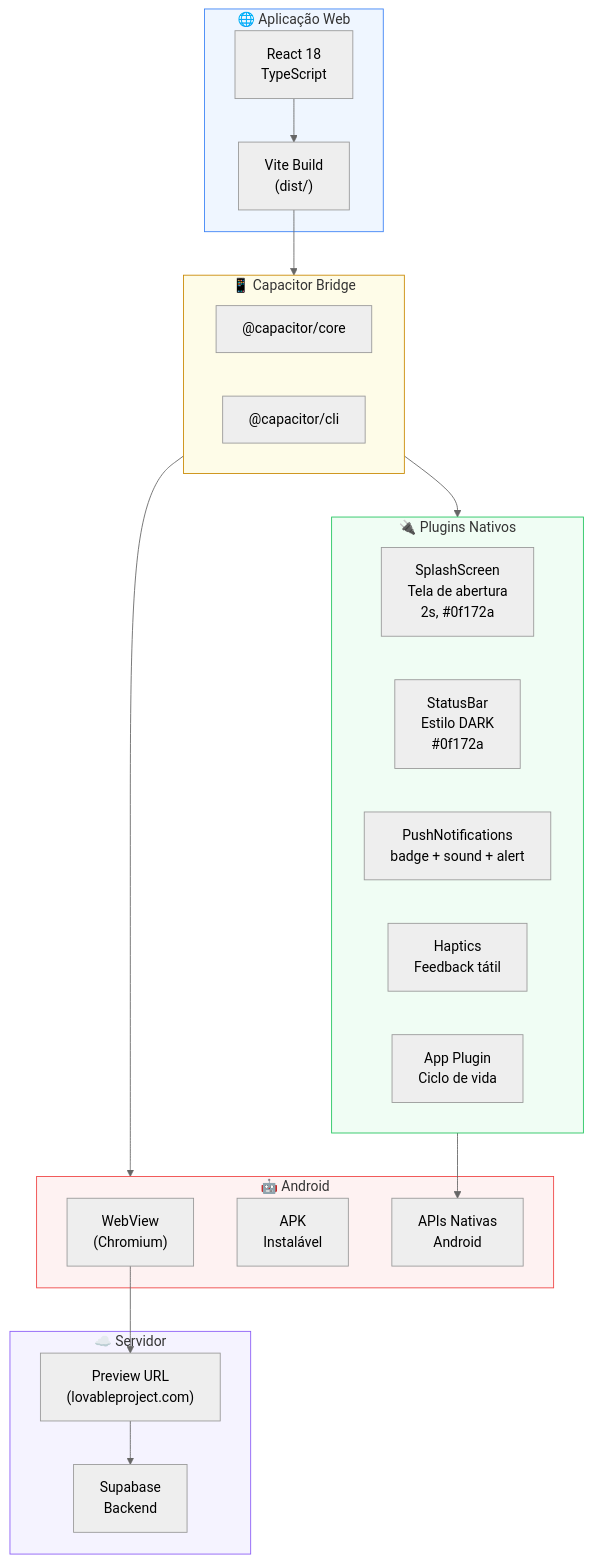
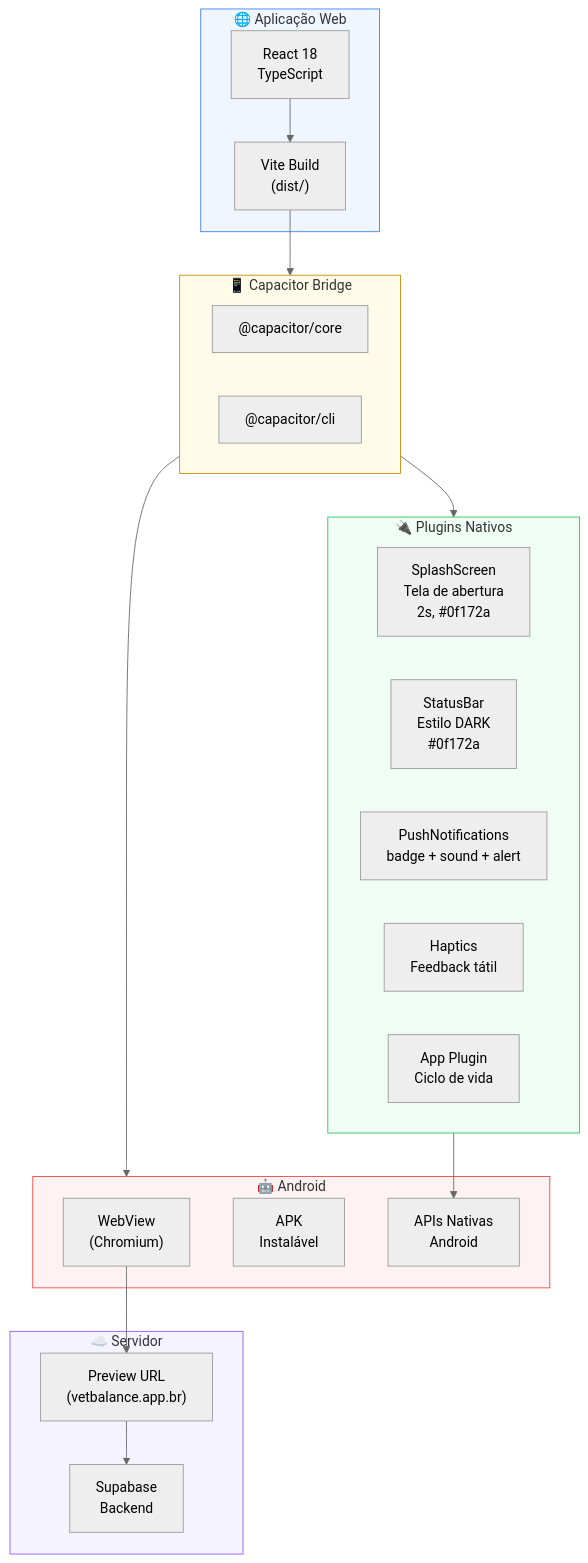
One commit to KyoFaBraL/vet-sim-buddy changed the tenth of 10 diagrams in DIAGRAMAS_MERMAID.md. Above: the diagram before and after it, drawn with Mermaid (neutral theme). The commit also changed 2 other files, not shown here.

````diff
--- a/DIAGRAMAS_MERMAID.md
+++ b/DIAGRAMAS_MERMAID.md
@@ -625,45 +625,45 @@
 ```mermaid
 flowchart TD
     subgraph WEB["🌐 Aplicação Web"]
         REACT["React 18<br/>TypeScript"]
         VITE["Vite Build<br/>(dist/)"]
     end
 
     subgraph CAP["📱 Capacitor Bridge"]
         CORE["@capacitor/core"]
         CLI["@capacitor/cli"]
     end
 
     subgraph PLUGINS["🔌 Plugins Nativos"]
         SS["SplashScreen<br/>Tela de abertura<br/>2s, #0f172a"]
         SB["StatusBar<br/>Estilo DARK<br/>#0f172a"]
         PN["PushNotifications<br/>badge + sound + alert"]
         HAP["Haptics<br/>Feedback tátil"]
         APP["App Plugin<br/>Ciclo de vida"]
     end
 
     subgraph ANDROID["🤖 Android"]
         WEBVIEW["WebView<br/>(Chromium)"]
         APK["APK<br/>Instalável"]
         NATIVE["APIs Nativas<br/>Android"]
     end
 
     subgraph SERVER["☁️ Servidor"]
-        PREVIEW["Preview URL<br/>(lovableproject.com)"]
+        PREVIEW["Preview URL<br/>(vetbalance.app.br)"]
         SUPA["Supabase<br/>Backend"]
     end
 
     REACT --> VITE
     VITE --> CAP
     CAP --> PLUGINS
     CAP --> ANDROID
     WEBVIEW --> PREVIEW
     PREVIEW --> SUPA
     PLUGINS --> NATIVE
 
     style WEB fill:#eff6ff,stroke:#3b82f6
     style CAP fill:#fefce8,stroke:#ca8a04
     style PLUGINS fill:#f0fdf4,stroke:#22c55e
     style ANDROID fill:#fef2f2,stroke:#ef4444
     style SERVER fill:#f5f3ff,stroke:#8b5cf6
 ```
````
